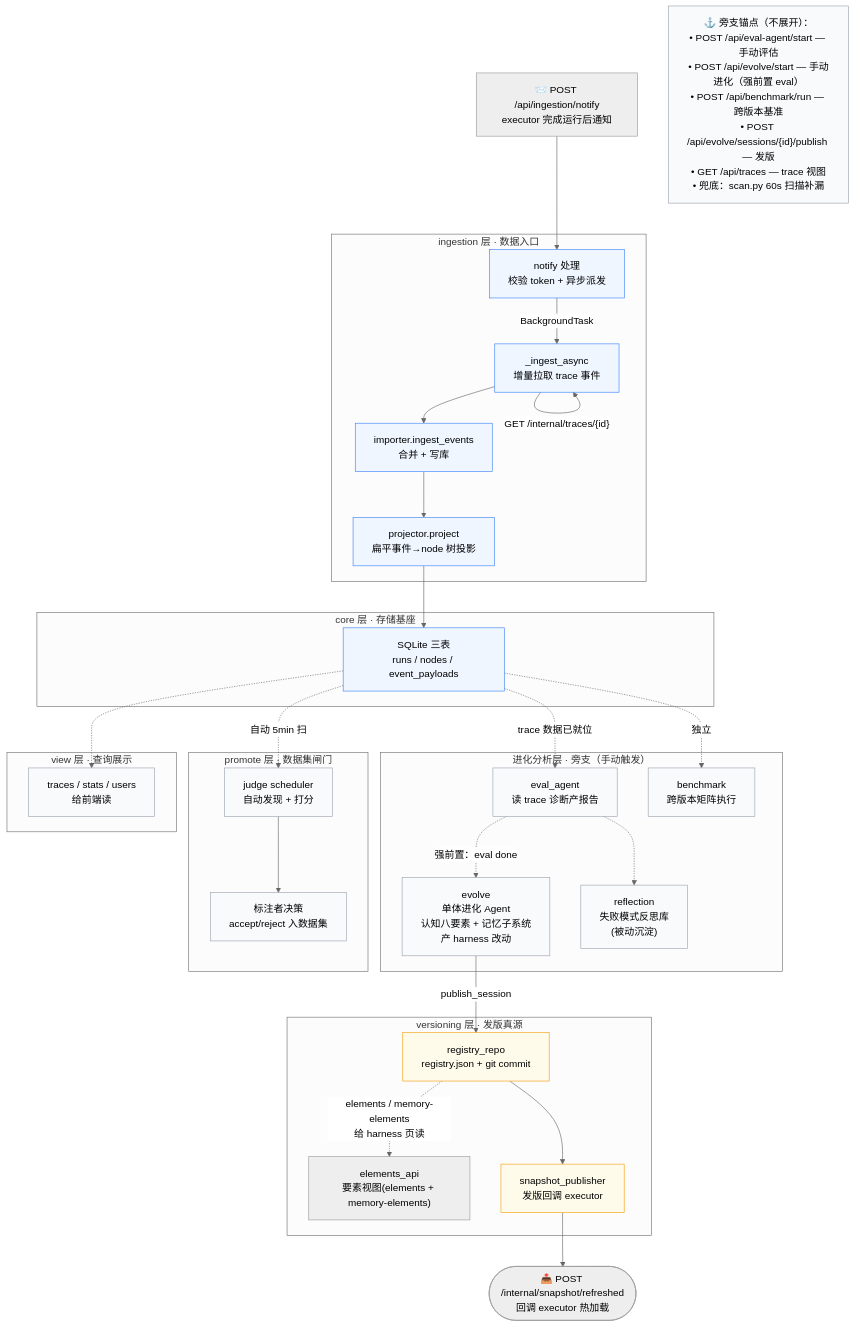
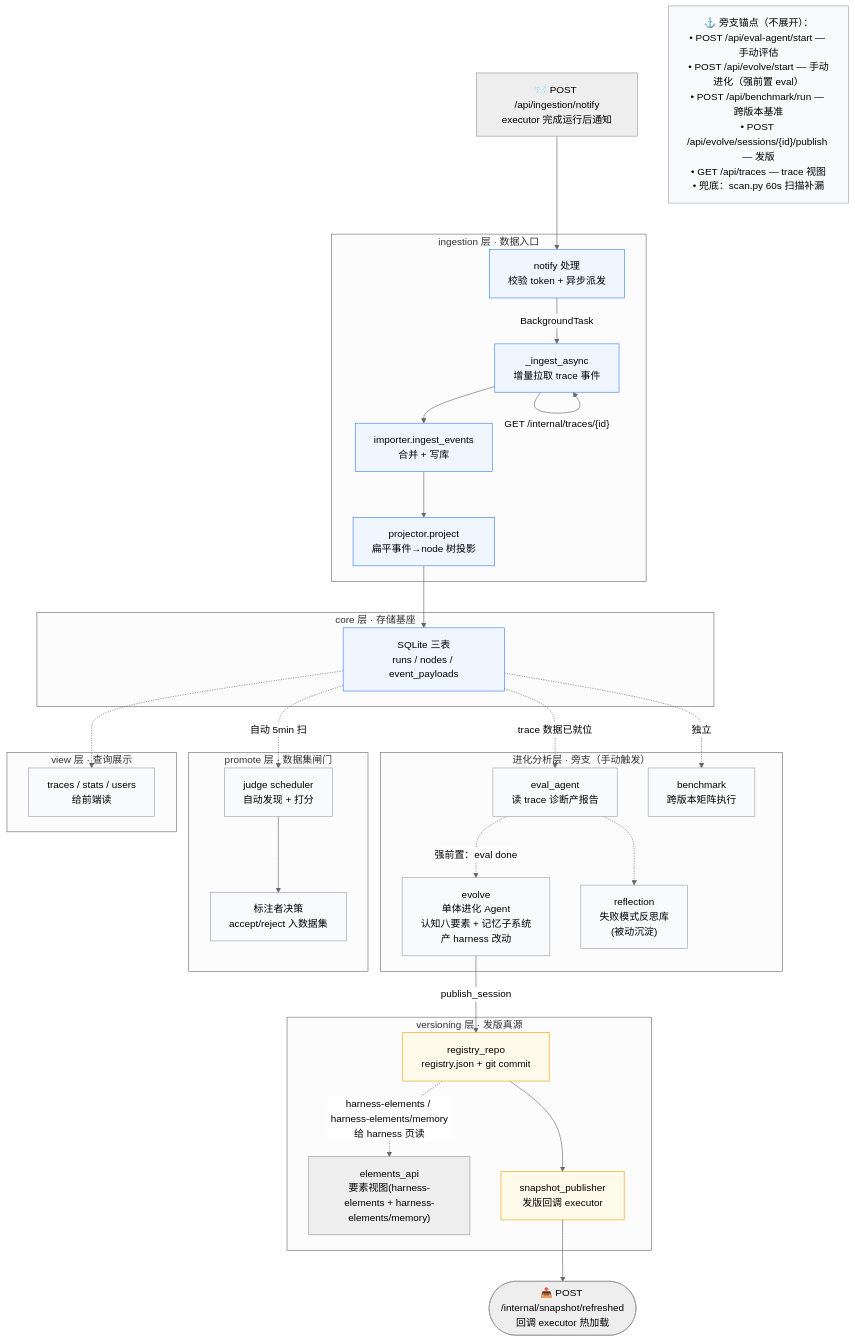
The third of 8 diagrams in docs/系统心智模型.md (gaoshoupaper-code/EvoWriter), drawn with Mermaid (neutral theme) before and after one commit. The commit also changed other lines of this file and 15 other files, not shown here.

````diff
--- a/docs/系统心智模型.md
+++ b/docs/系统心智模型.md
@@ -216,75 +216,75 @@
 ```mermaid
 flowchart TD
     Notify["📨 POST /api/ingestion/notify<br/>executor 完成运行后通知"]
 
     subgraph L_Ingest["ingestion 层 · 数据入口"]
         I1["notify 处理<br/>校验 token + 异步派发"]
         I2["_ingest_async<br/>增量拉取 trace 事件"]
         I3["importer.ingest_events<br/>合并 + 写库"]
         I4["projector.project<br/>扁平事件→node 树投影"]
     end
 
     subgraph L_Core["core 层 · 存储基座"]
         C1["SQLite 三表<br/>runs / nodes / event_payloads"]
     end
 
     subgraph L_Evolve["进化分析层 · 旁支（手动触发）"]
         E1["eval_agent<br/>读 trace 诊断产报告"]
         E2["evolve<br/>单体进化 Agent<br/>认知八要素 + 记忆子系统<br/>产 harness 改动"]
         E3["benchmark<br/>跨版本矩阵执行"]
         E4["reflection<br/>失败模式反思库<br/>(被动沉淀)"]
     end
 
     subgraph L_Promote["promote 层 · 数据集闸门"]
         PM1["judge scheduler<br/>自动发现 + 打分"]
         PM2["标注者决策<br/>accept/reject 入数据集"]
     end
 
     subgraph L_Version["versioning 层 · 发版真源"]
         V1["registry_repo<br/>registry.json + git commit"]
-        V1b["elements_api<br/>要素视图(elements + memory-elements)"]
+        V1b["elements_api<br/>要素视图(harness-elements + harness-elements/memory)"]
         V2["snapshot_publisher<br/>发版回调 executor"]
     end
 
     subgraph L_View["view 层 · 查询展示"]
         VW1["traces / stats / users<br/>给前端读"]
     end
 
     Out2(["📤 POST /internal/snapshot/refreshed<br/>回调 executor 热加载"])
 
     %% 主线
     Notify --> I1
     I1 -->|"BackgroundTask"| I2
     I2 -->|"GET /internal/traces/{id}"| I2
     I2 --> I3
     I3 --> I4
     I4 --> C1
 
     %% 进化分析（旁支，从已存数据触发）
     C1 -.->|"trace 数据已就位"| E1
     E1 -.->|"强前置：eval done"| E2
     E1 -.-> E4
     C1 -.->|"独立"| E3
     C1 -.->|"自动 5min 扫"| PM1
     PM1 --> PM2
 
     %% 发版
     E2 -->|"publish_session"| V1
     V1 --> V2
     V2 --> Out2
 
     %% 查询
     C1 -.-> VW1
-    V1 -.->|"elements / memory-elements<br/>给 harness 页读"| V1b
+    V1 -.->|"harness-elements / harness-elements/memory<br/>给 harness 页读"| V1b
 
     Anchor3["⚓ 旁支锚点（不展开）：<br/>• POST /api/eval-agent/start — 手动评估<br/>• POST /api/evolve/start — 手动进化（强前置 eval）<br/>• POST /api/benchmark/run — 跨版本基准<br/>• POST /api/evolve/sessions/{id}/publish — 发版<br/>• GET /api/traces — trace 视图<br/>• 兜底：scan.py 60s 扫描补漏"]
 
     classDef main fill:#eff6ff,stroke:#3b82f6
     classDef side fill:#f9fafb,stroke:#9ca3af
     classDef ver fill:#fffbeb,stroke:#f59e0b
 
     class I1,I2,I3,I4,C1 main
     class E1,E2,E3,E4,PM1,PM2,VW1 side
     class V1,V2 ver
     class Anchor3 side
 ```
````
